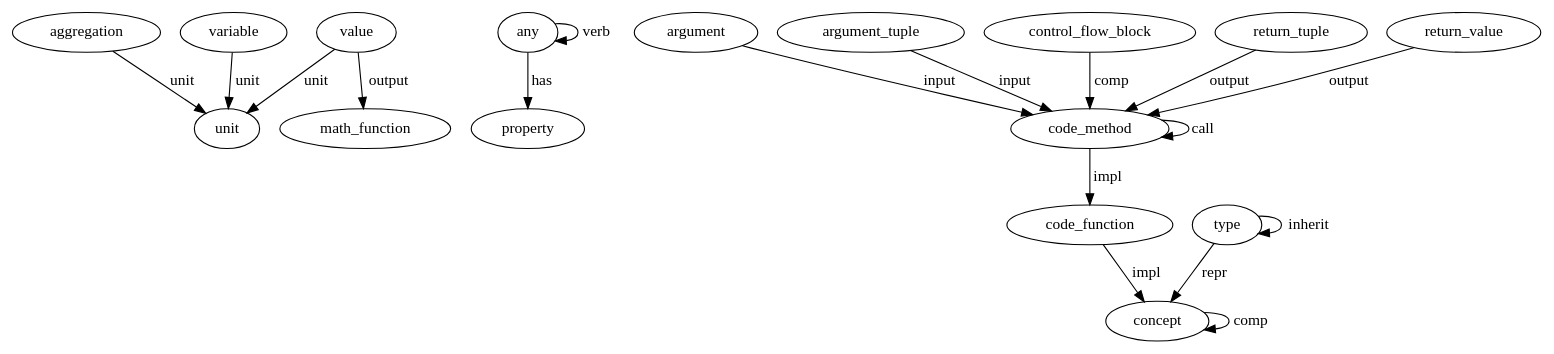
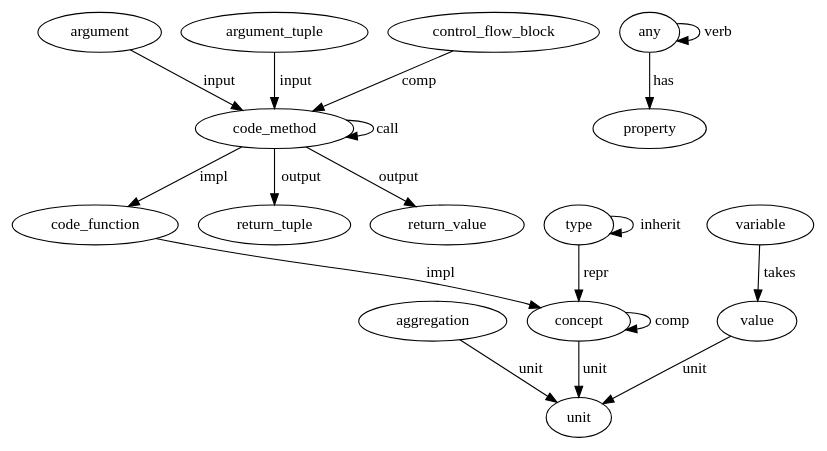
Before and after one commit to jpfairbanks/SemanticModels.jl: the diagram in doc/src/img/olog.dot, drawn with Graphviz. The commit also changed 2 other files, not shown here.

Commit message:
more changes to the schema and olog figure
1. swapping edge directions for output
2. make it clear that values have units instead of variables
3. create an edge type for assignment "takes"

```diff
--- a/doc/src/img/olog.dot
+++ b/doc/src/img/olog.dot
@@ -1,35 +1,34 @@
 digraph G {
 1 [ name="aggregation",label="aggregation",];
 2 [ name="any",label="any",];
 3 [ name="argument",label="argument",];
 4 [ name="argument_tuple",label="argument_tuple",];
 5 [ name="code_function",label="code_function",];
 6 [ name="code_method",label="code_method",];
 7 [ name="concept",label="concept",];
 8 [ name="control_flow_block",label="control_flow_block",];
-9 [ name="math_function",label="math_function",];
-10 [ name="property",label="property",];
-11 [ name="return_tuple",label="return_tuple",];
-12 [ name="return_value",label="return_value",];
-13 [ name="type",label="type",];
-14 [ name="unit",label="unit",];
-15 [ name="value",label="value",];
-16 [ name="variable",label="variable",];
-1 -> 14 [ label=unit, ]
+9 [ name="property",label="property",];
+10 [ name="return_tuple",label="return_tuple",];
+11 [ name="return_value",label="return_value",];
+12 [ name="type",label="type",];
+13 [ name="unit",label="unit",];
+14 [ name="value",label="value",];
+15 [ name="variable",label="variable",];
+1 -> 13 [ label=unit, ]
 2 -> 2 [ label=verb, ]
-2 -> 10 [ label=has, ]
+2 -> 9 [ label=has, ]
 3 -> 6 [ label=input, ]
 4 -> 6 [ label=input, ]
 5 -> 7 [ label=impl, ]
 6 -> 5 [ label=impl, ]
 6 -> 6 [ label=call, ]
+6 -> 10 [ label=output, ]
+6 -> 11 [ label=output, ]
 7 -> 7 [ label=comp, ]
+7 -> 13 [ label=unit, ]
 8 -> 6 [ label=comp, ]
-11 -> 6 [ label=output, ]
-12 -> 6 [ label=output, ]
-13 -> 7 [ label=repr, ]
-13 -> 13 [ label=inherit, ]
-15 -> 9 [ label=output, ]
-15 -> 14 [ label=unit, ]
-16 -> 14 [ label=unit, ]
+12 -> 7 [ label=repr, ]
+12 -> 12 [ label=inherit, ]
+14 -> 13 [ label=unit, ]
+15 -> 14 [ label=takes, ]
 }
```
